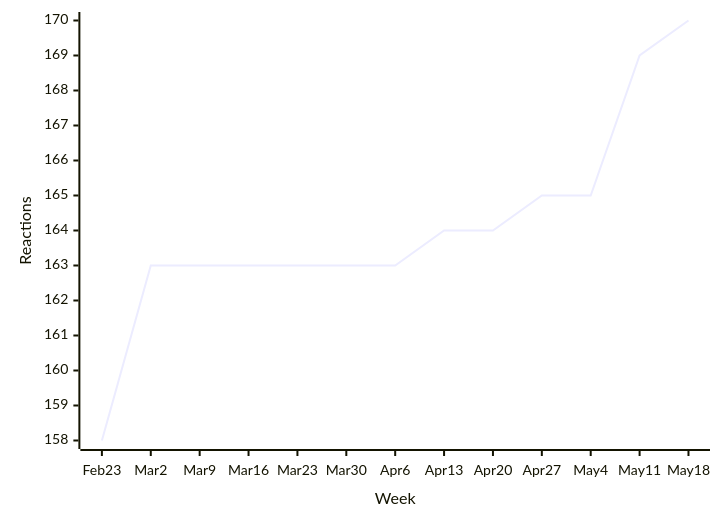
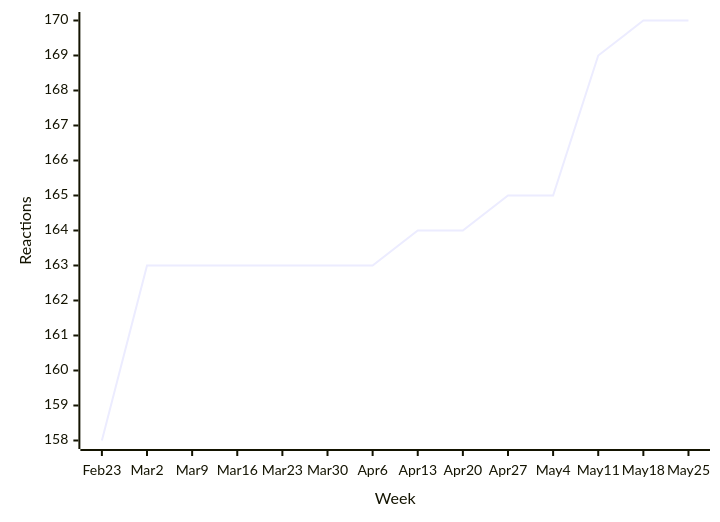
Before and after one commit to loic-sharma/github-insights: diagram 12 of 49 in README.md, drawn with Mermaid. The commit also changed other lines of this file and 3 other files, not shown here.

````diff
--- a/README.md
+++ b/README.md
@@ -526,6 +526,6 @@
   ```mermaid
   xychart-beta
-    x-axis "Week" [Feb 23, Mar 2, Mar 9, Mar 16, Mar 23, Mar 30, Apr 6, Apr 13, Apr 20, Apr 27, May 4, May 11, May 18]
+    x-axis "Week" [Feb 23, Mar 2, Mar 9, Mar 16, Mar 23, Mar 30, Apr 6, Apr 13, Apr 20, Apr 27, May 4, May 11, May 18, May 25]
     y-axis "Reactions"
-    line [158, 163, 163, 163, 163, 163, 163, 164, 164, 165, 165, 169, 170]
+    line [158, 163, 163, 163, 163, 163, 163, 164, 164, 165, 165, 169, 170, 170]
   ```
````
